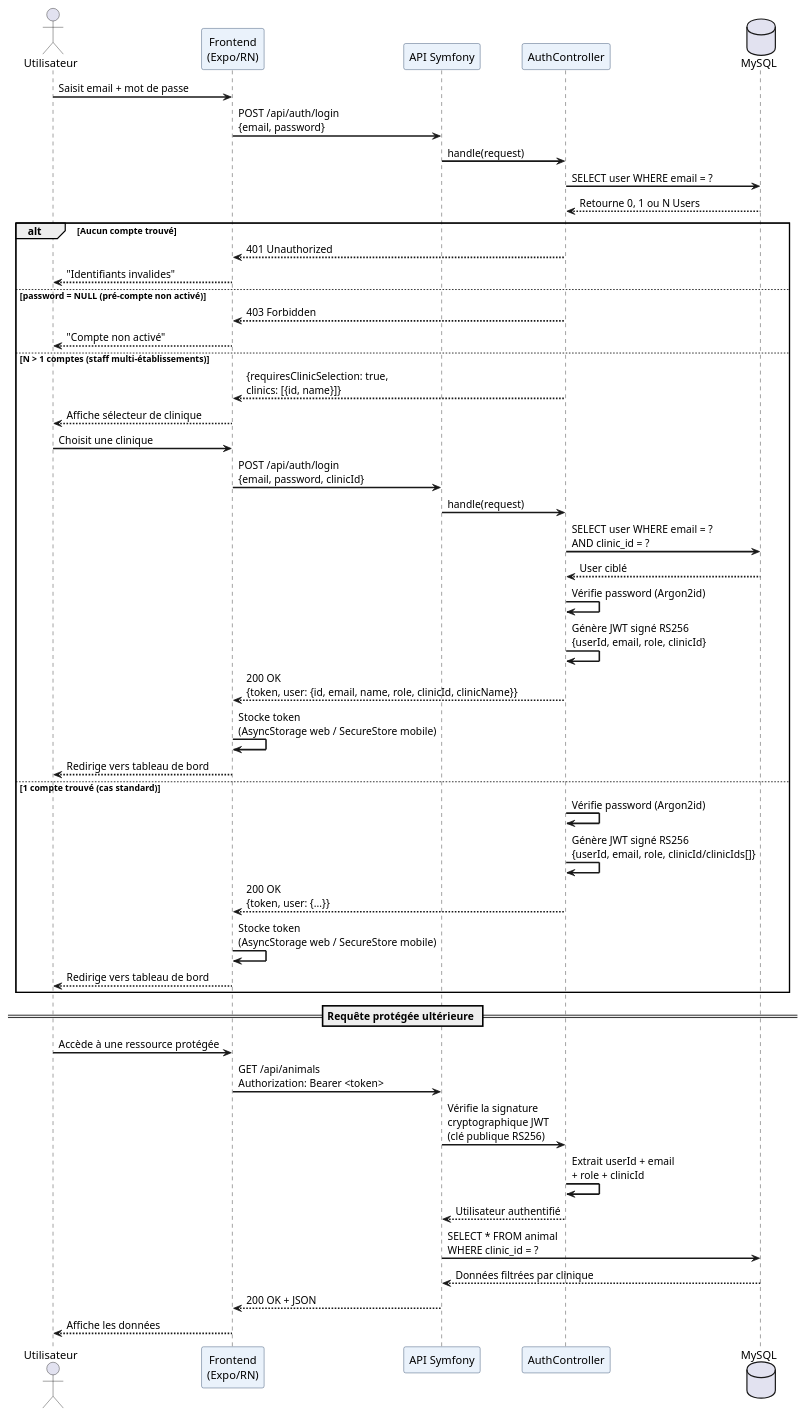
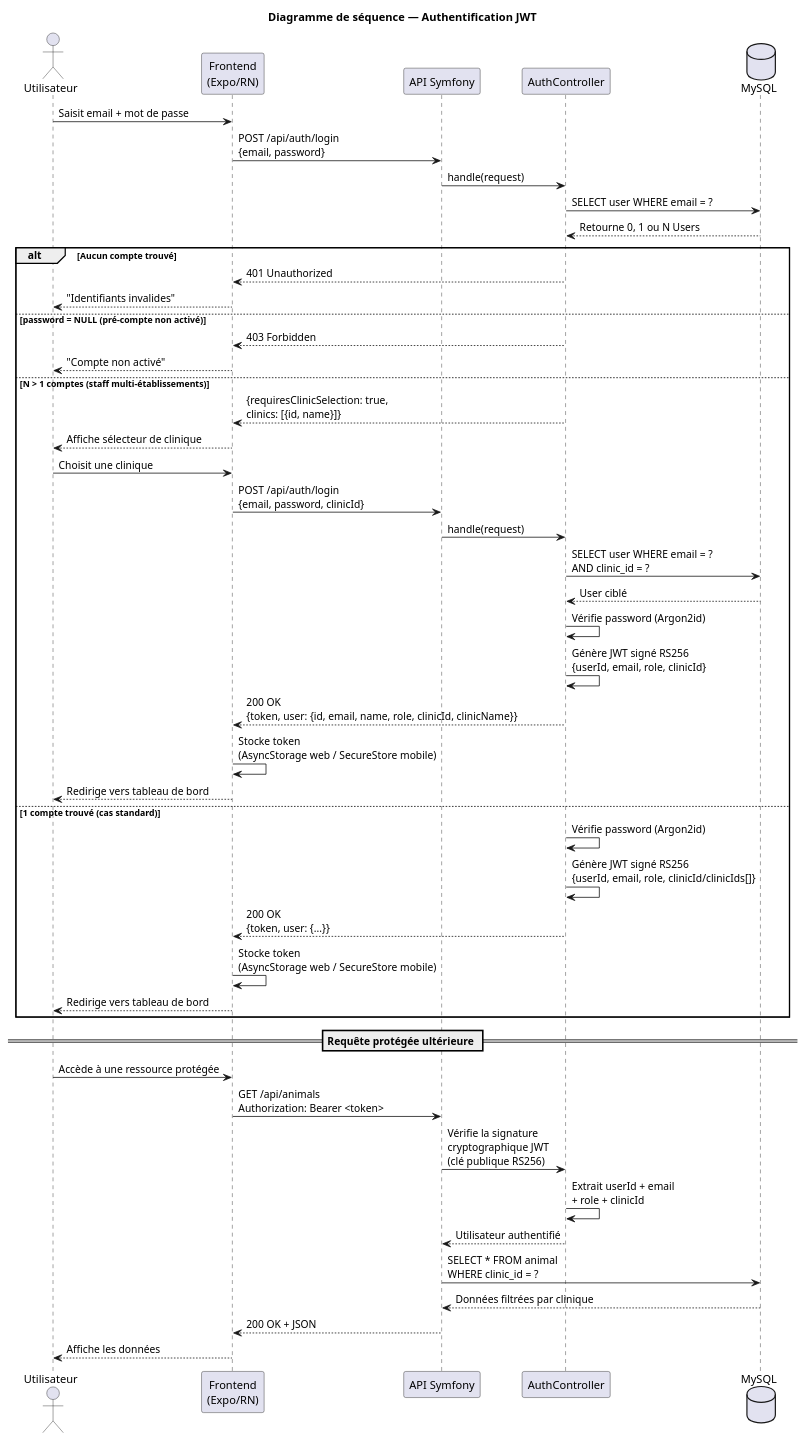
One commit to M-BEDH/ASV-infra changed the third of 4 diagrams in docs/diagrammes_UML_ASV.puml. Above: the diagram before and after it, drawn with PlantUML. The commit also changed other lines of this file, not shown here.

Commit message:
Corrections relations Clinic/Owner/Animal + ajout titres  shémas + retrait skinparam color

```diff
--- a/docs/diagrammes_UML_ASV.puml
+++ b/docs/diagrammes_UML_ASV.puml
@@ -219,62 +215,59 @@
 @startuml diagramme_sequence_auth
 
-skinparam sequenceArrowThickness 2
-skinparam sequenceParticipantBorderColor #1E3A5F
-skinparam sequenceParticipantBackgroundColor #EAF2FB
-skinparam noteBackgroundColor #FFF9C4
+title Diagramme de séquence — Authentification JWT
 
 actor Utilisateur
 participant "Frontend\n(Expo/RN)" as Frontend
 participant "API Symfony" as API
 participant "AuthController" as Auth
 database "MySQL" as BDD
 
 Utilisateur -> Frontend : Saisit email + mot de passe
 Frontend -> API : POST /api/auth/login\n{email, password}
 API -> Auth : handle(request)
 Auth -> BDD : SELECT user WHERE email = ?
 BDD --> Auth : Retourne 0, 1 ou N Users
 
 alt Aucun compte trouvé
     Auth --> Frontend : 401 Unauthorized
     Frontend --> Utilisateur : "Identifiants invalides"
 
 else password = NULL (pré-compte non activé)
     Auth --> Frontend : 403 Forbidden
     Frontend --> Utilisateur : "Compte non activé"
 
 else N > 1 comptes (staff multi-établissements)
     Auth --> Frontend : {requiresClinicSelection: true,\nclinics: [{id, name}]}
     Frontend --> Utilisateur : Affiche sélecteur de clinique
     Utilisateur -> Frontend : Choisit une clinique
     Frontend -> API : POST /api/auth/login\n{email, password, clinicId}
     API -> Auth : handle(request)
     Auth -> BDD : SELECT user WHERE email = ?\nAND clinic_id = ?
     BDD --> Auth : User ciblé
     Auth -> Auth : Vérifie password (Argon2id)
     Auth -> Auth : Génère JWT signé RS256\n{userId, email, role, clinicId}
     Auth --> Frontend : 200 OK\n{token, user: {id, email, name, role, clinicId, clinicName}}
     Frontend -> Frontend : Stocke token\n(AsyncStorage web / SecureStore mobile)
     Frontend --> Utilisateur : Redirige vers tableau de bord
 
 else 1 compte trouvé (cas standard)
     Auth -> Auth : Vérifie password (Argon2id)
     Auth -> Auth : Génère JWT signé RS256\n{userId, email, role, clinicId/clinicIds[]}
     Auth --> Frontend : 200 OK\n{token, user: {...}}
     Frontend -> Frontend : Stocke token\n(AsyncStorage web / SecureStore mobile)
     Frontend --> Utilisateur : Redirige vers tableau de bord
 end
 
 == Requête protégée ultérieure ==
 
 Utilisateur -> Frontend : Accède à une ressource protégée
 Frontend -> API : GET /api/animals\nAuthorization: Bearer <token>
 API -> Auth : Vérifie la signature\ncryptographique JWT\n(clé publique RS256)
 Auth -> Auth : Extrait userId + email\n+ role + clinicId
 Auth --> API : Utilisateur authentifié
 API -> BDD : SELECT * FROM animal\nWHERE clinic_id = ?
 BDD --> API : Données filtrées par clinique
 API --> Frontend : 200 OK + JSON
 Frontend --> Utilisateur : Affiche les données
 
 @enduml
```
